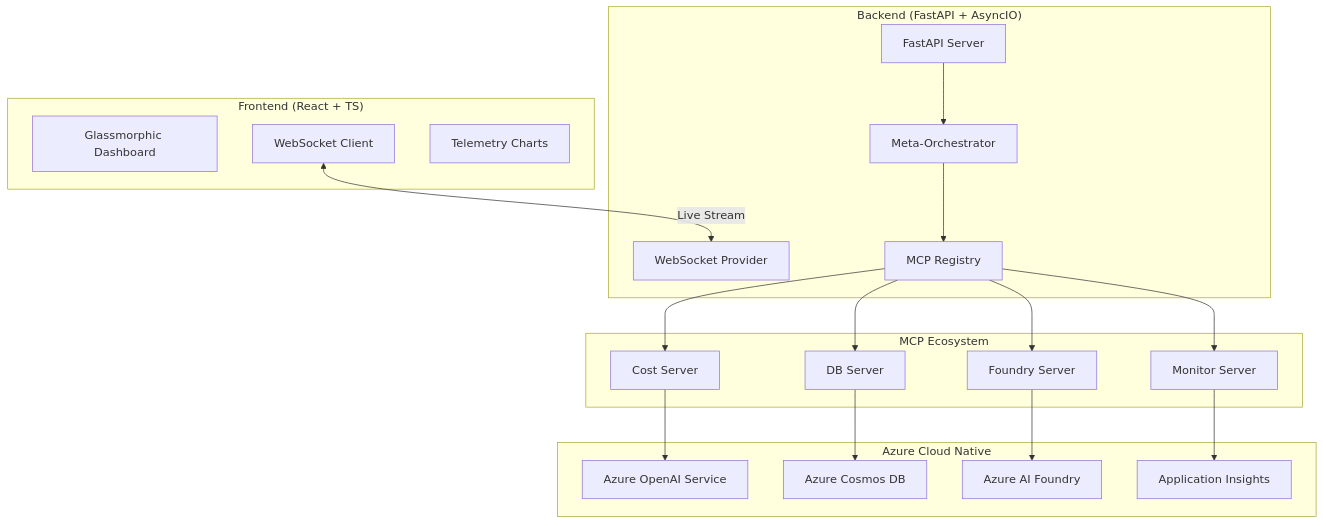
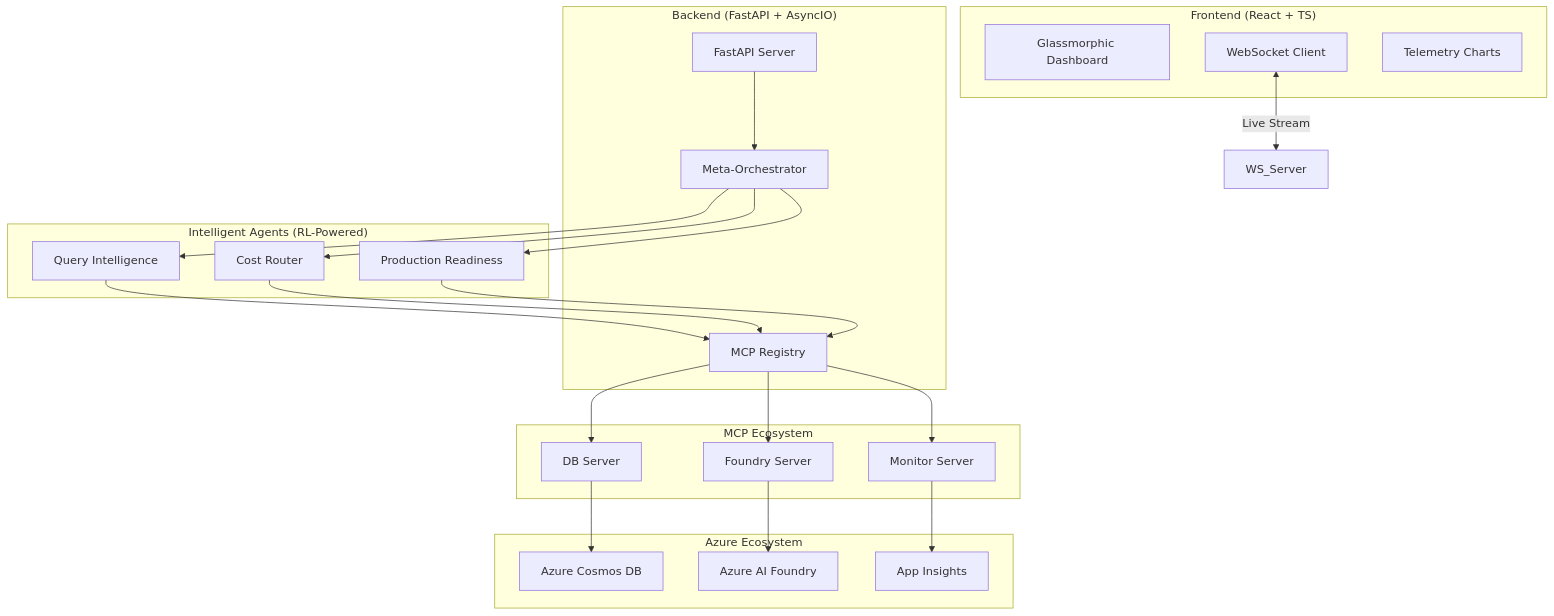
The diagram in README.md (koopatroopa787/APEX-2.0), drawn with Mermaid before and after one commit. The commit also changed other lines of this file, not shown here.

````diff
--- a/README.md
+++ b/README.md
@@ -20,38 +18,41 @@
 ```mermaid
 graph TD
     subgraph "Frontend (React + TS)"
         UI[Glassmorphic Dashboard]
         WS_Client[WebSocket Client]
         Recharts[Telemetry Charts]
     end
 
     subgraph "Backend (FastAPI + AsyncIO)"
         API[FastAPI Server]
         Orch[Meta-Orchestrator]
-        WS_Server[WebSocket Provider]
         MCP_Reg[MCP Registry]
     end
 
-    subgraph "MCP Ecosystem"
-        MCP_Foundry[Foundry Server]
-        MCP_Monitor[Monitor Server]
-        MCP_Cost[Cost Server]
-        MCP_DB[DB Server]
+    subgraph "Intelligent Agents (RL-Powered)"
+        QI[Query Intelligence]
+        CR[Cost Router]
+        PR[Production Readiness]
     end
 
-    subgraph "Azure Cloud Native"
-        Azure_OpenAI[Azure OpenAI Service]
+    subgraph "MCP Ecosystem"
+        MCP_F[Foundry Server]
+        MCP_M[Monitor Server]
+        MCP_D[DB Server]
+    end
+
+    subgraph "Azure Ecosystem"
         Cosmos[Azure Cosmos DB]
         Foundry_API[Azure AI Foundry]
-        Insights[Application Insights]
+        Insights[App Insights]
     end
 
     WS_Client <-->|Live Stream| WS_Server
     API --> Orch
-    Orch --> MCP_Reg
-    MCP_Reg --> MCP_Foundry & MCP_Monitor & MCP_Cost & MCP_DB
-    MCP_Foundry --> Foundry_API
-    MCP_Monitor --> Insights
-    MCP_Cost --> Azure_OpenAI
-    MCP_DB --> Cosmos
+    Orch --> QI & CR & PR
+    QI & CR & PR --> MCP_Reg
+    MCP_Reg --> MCP_F & MCP_M & MCP_D
+    MCP_F --> Foundry_API
+    MCP_M --> Insights
+    MCP_D --> Cosmos
 ```
````
